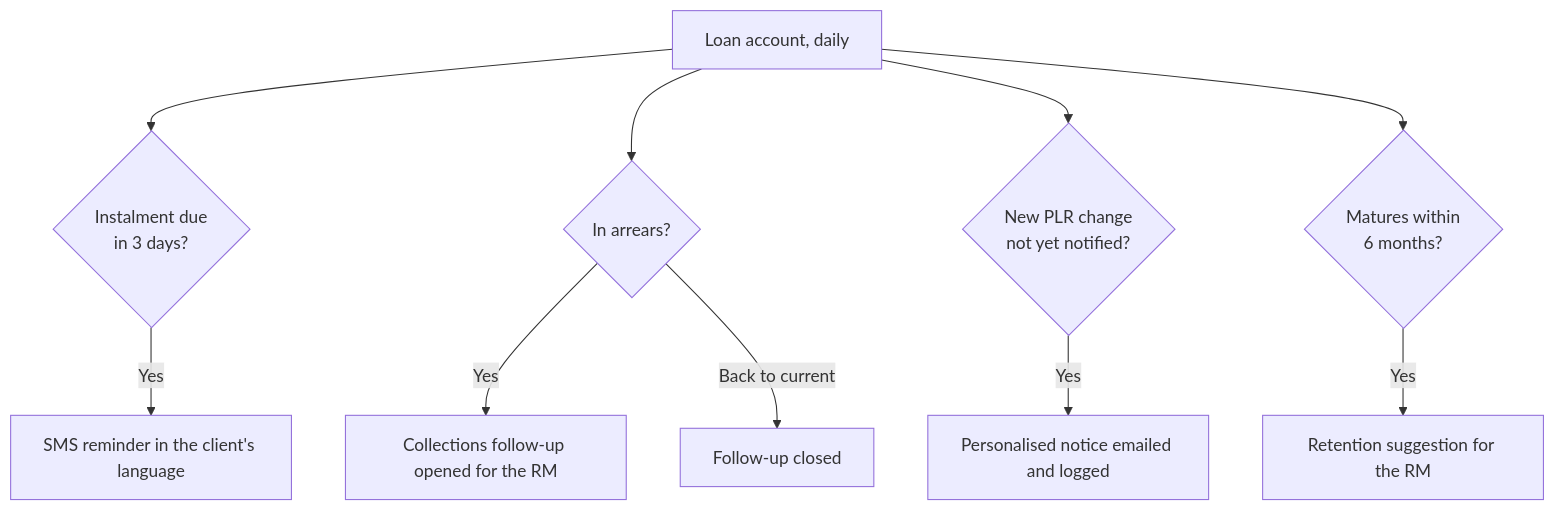
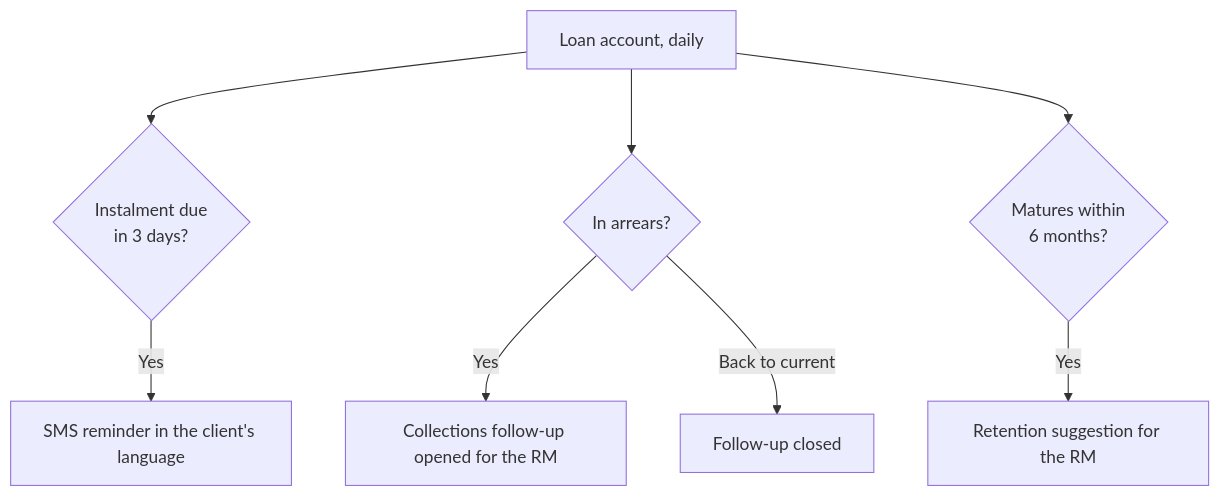
One commit to bhavin-jariwala-aspl/capital-genesis changed the second of 2 diagrams in docs/process-flows/08-loan-servicing.md. Above: the diagram before and after it, drawn with Mermaid. The commit also changed other lines of this file and 103 other files, not shown here.

````diff
--- a/docs/process-flows/08-loan-servicing.md
+++ b/docs/process-flows/08-loan-servicing.md
@@ -39,12 +39,10 @@
 ```mermaid
 flowchart TD
     L["Loan account, daily"] --> I{"Instalment due<br/>in 3 days?"}
     I -- Yes --> I1["SMS reminder in the client's language"]
     L --> R{"In arrears?"}
     R -- Yes --> R1["Collections follow-up opened for the RM"]
     R -- "Back to current" --> R2["Follow-up closed"]
-    L --> P{"New PLR change<br/>not yet notified?"}
-    P -- Yes --> P1["Personalised notice emailed and logged"]
     L --> M{"Matures within<br/>6 months?"}
     M -- Yes --> M1["Retention suggestion for the RM"]
 ```
````
